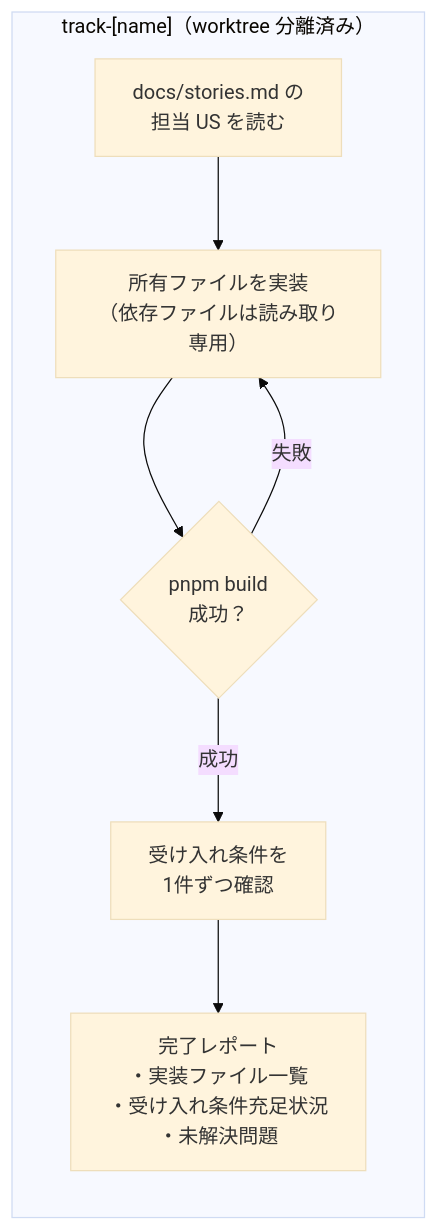
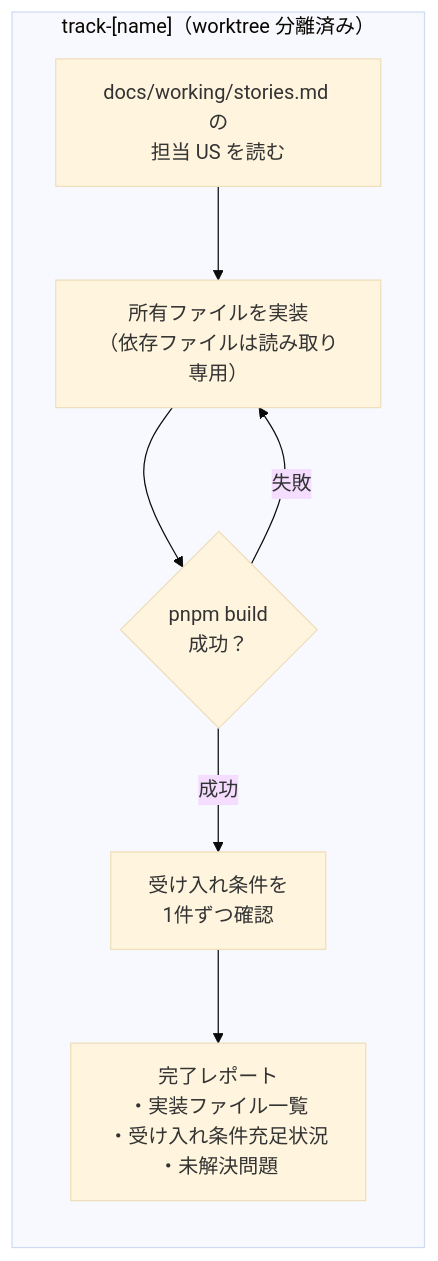
One commit to agaemo/dotfiles changed the second of 3 diagrams in claude/commands/new-project/README.md. Above: the diagram before and after it, drawn with Mermaid (base theme). The commit also changed other lines of this file and 17 other files, not shown here.

````diff
--- a/claude/commands/new-project/README.md
+++ b/claude/commands/new-project/README.md
@@ -84,12 +84,12 @@
 ```mermaid
 flowchart LR
     subgraph Track["track-[name]（worktree 分離済み）"]
         direction TB
-        R["docs/stories.md の\n担当 US を読む"]
+        R["docs/working/stories.md の\n担当 US を読む"]
         R --> I["所有ファイルを実装\n（依存ファイルは読み取り専用）"]
         I --> B{"pnpm build\n成功？"}
         B -->|失敗| I
         B -->|成功| V["受け入れ条件を\n1件ずつ確認"]
         V --> REP["完了レポート\n・実装ファイル一覧\n・受け入れ条件充足状況\n・未解決問題"]
     end
 ```
````
